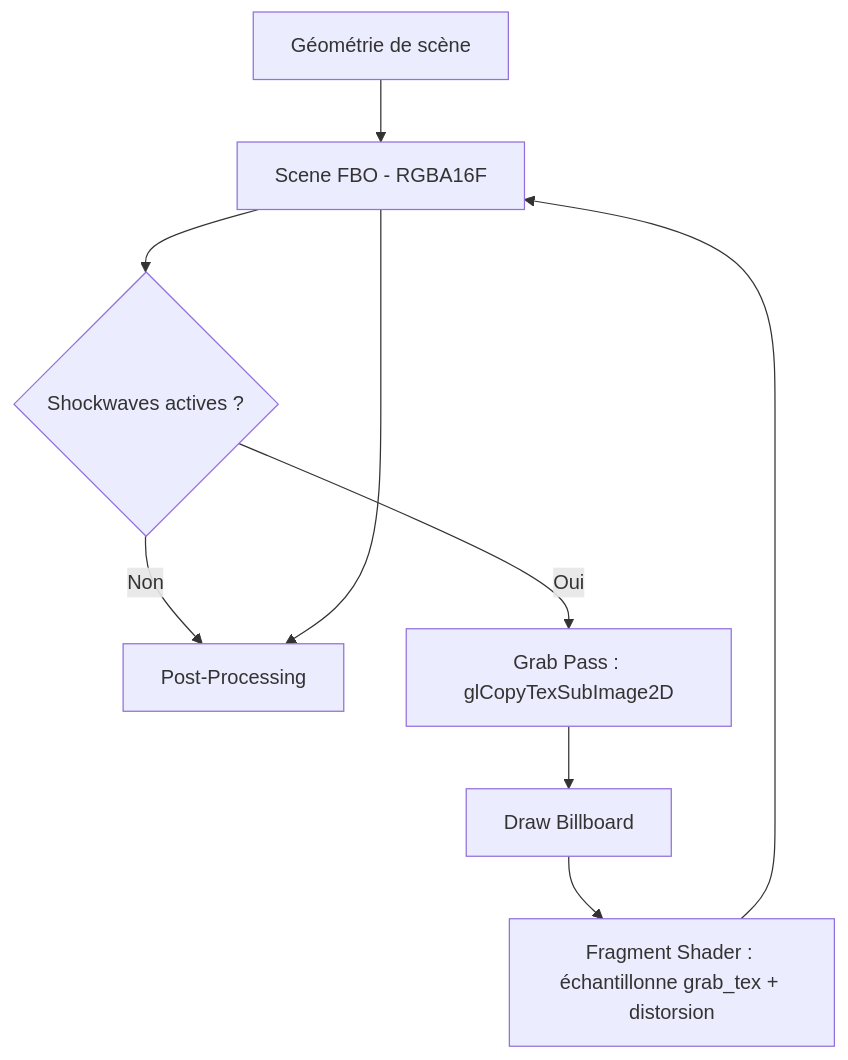
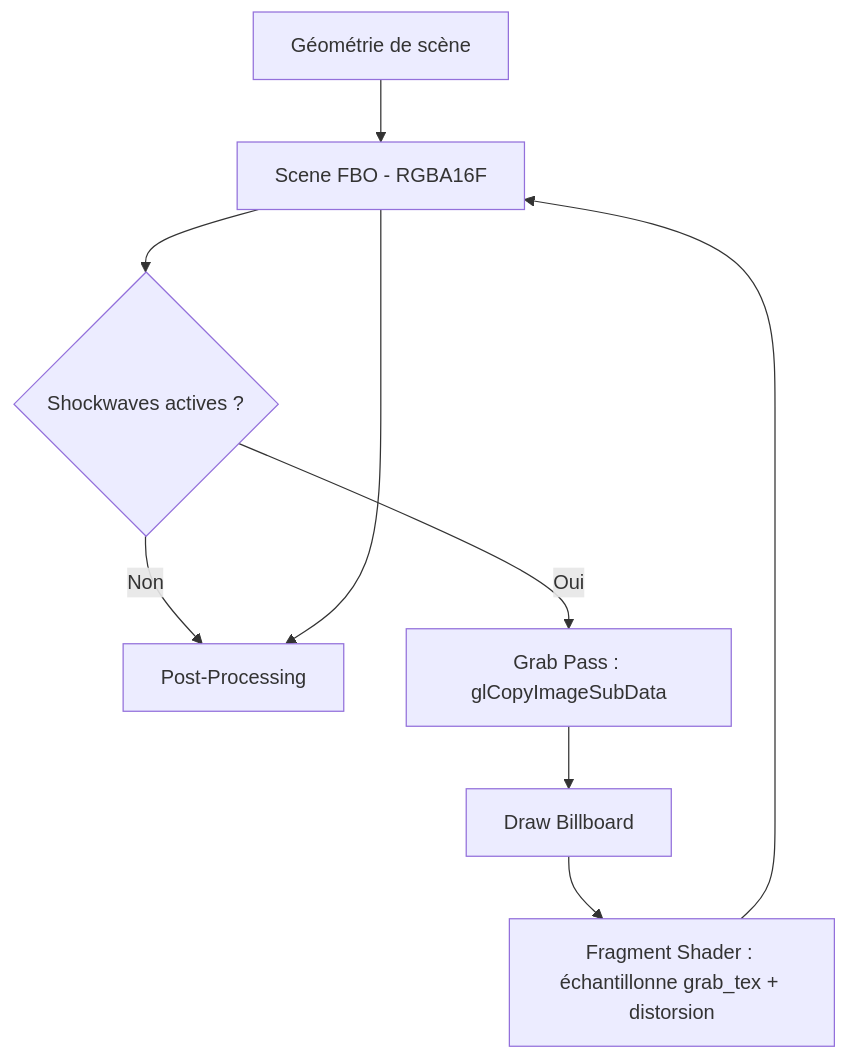
One commit to yoyonel/suckless-ogl changed the diagram in docs/shockwave_lensing.fr.md. Above: the diagram before and after it, drawn with Mermaid. The commit also changed other lines of this file and 1 other file, not shown here.

First line of the commit message:
docs(shockwave): update grab pass docs for glCopyImageSubData

````diff
--- a/docs/shockwave_lensing.fr.md
+++ b/docs/shockwave_lensing.fr.md
@@ -13,11 +13,11 @@
 ```mermaid
 graph TD
     A[Géométrie de scène] --> B[Scene FBO - RGBA16F]
     B --> C{Shockwaves actives ?}
     C -->|Non| E[Post-Processing]
-    C -->|Oui| D[Grab Pass : glCopyTexSubImage2D]
+    C -->|Oui| D[Grab Pass : glCopyImageSubData]
     D --> F[Draw Billboard]
     F --> G[Fragment Shader : échantillonne grab_tex + distorsion]
     G --> B
     B --> E
 ```
````
